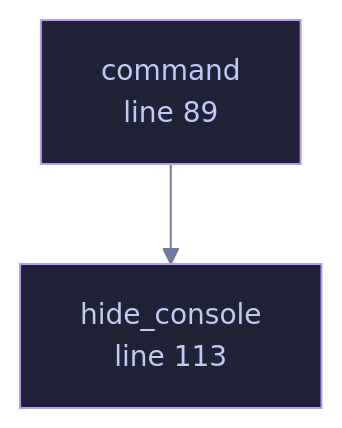
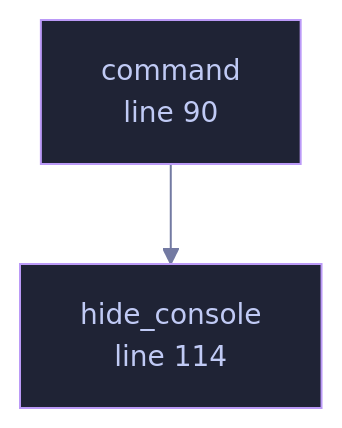
One commit to tilas01/veilvoice changed the diagram in docs/files/veilvoice-setup/lib.md. Above: the diagram before and after it, drawn with Mermaid. The commit also changed other lines of this file and 550 other files, not shown here.

````diff
--- a/docs/files/veilvoice-setup/lib.md
+++ b/docs/files/veilvoice-setup/lib.md
@@ -109,13 +109,13 @@
 ```mermaid
 %%{init: {"theme":"base","themeVariables":{"background":"#1a1b26","primaryColor":"#1f2335","primaryTextColor":"#c0caf5","primaryBorderColor":"#7aa2f7","secondaryColor":"#16161e","tertiaryColor":"#16161e","lineColor":"#737aa2","textColor":"#c0caf5","mainBkg":"#1f2335","nodeBorder":"#7aa2f7","clusterBkg":"#16161e","clusterBorder":"#2f3549","fontFamily":"ui-monospace, SFMono-Regular, Consolas, monospace","fontSize":"14px"}}}%%
 flowchart TD
-    n_command["command<br/>line 89"]
-    n_hide_console["hide_console<br/>line 103"]
-    n_hide_console["hide_console<br/>line 113"]
+    n_command["command<br/>line 90"]
+    n_hide_console["hide_console<br/>line 104"]
+    n_hide_console["hide_console<br/>line 114"]
     n_command --> n_hide_console
-    click n_command href "https://github.com/tilas01/veilvoice/blob/main/crates/veilvoice-setup/src/lib.rs#L89" "open the source"
-    click n_hide_console href "https://github.com/tilas01/veilvoice/blob/main/crates/veilvoice-setup/src/lib.rs#L103" "open the source"
-    click n_hide_console href "https://github.com/tilas01/veilvoice/blob/main/crates/veilvoice-setup/src/lib.rs#L113" "open the source"
+    click n_command href "https://github.com/tilas01/veilvoice/blob/main/crates/veilvoice-setup/src/lib.rs#L90" "open the source"
+    click n_hide_console href "https://github.com/tilas01/veilvoice/blob/main/crates/veilvoice-setup/src/lib.rs#L104" "open the source"
+    click n_hide_console href "https://github.com/tilas01/veilvoice/blob/main/crates/veilvoice-setup/src/lib.rs#L114" "open the source"
     classDef helper fill:#1f2335,stroke:#bb9af7,color:#c0caf5
     class n_command,n_hide_console,n_hide_console helper
 ```
````
